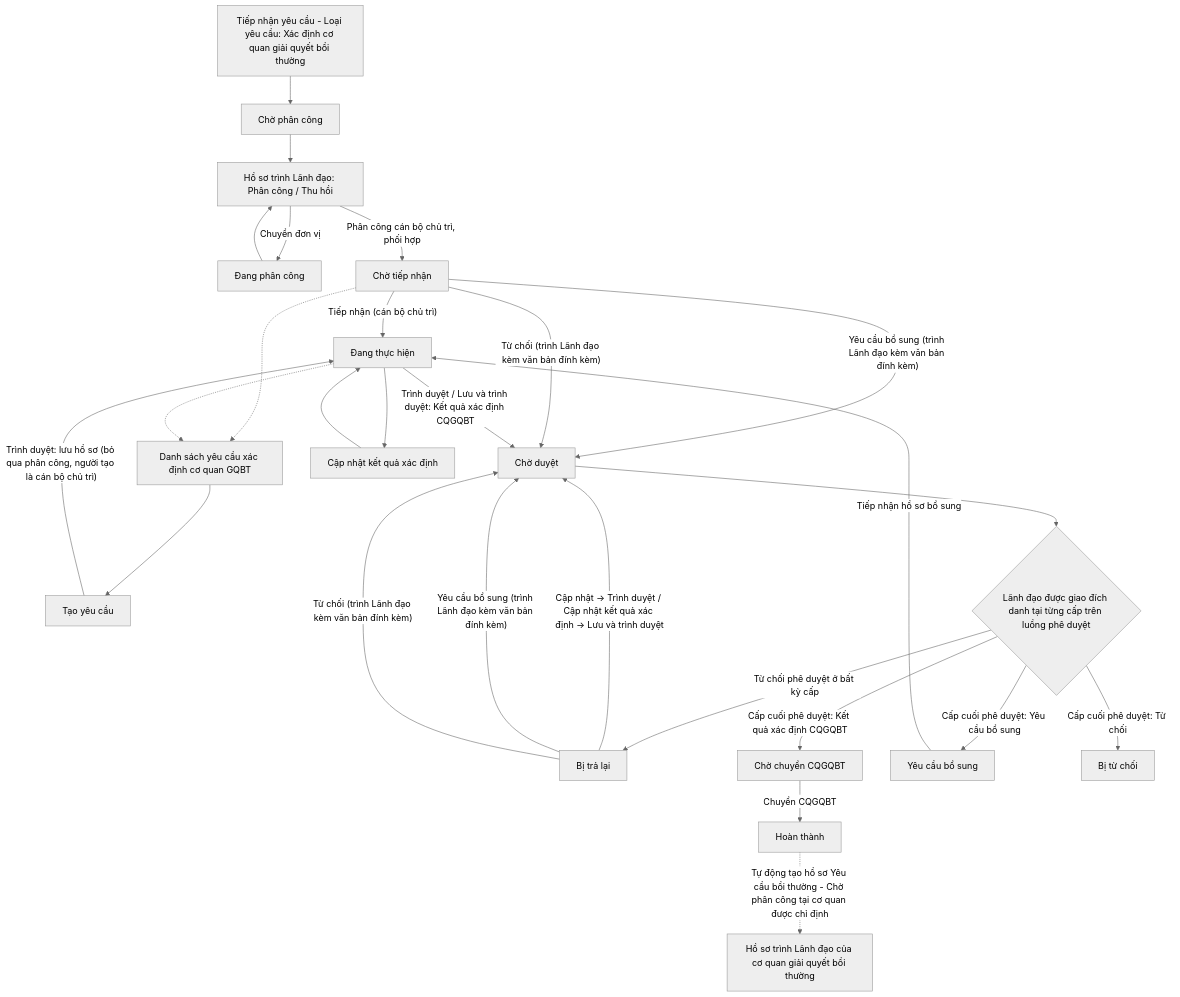
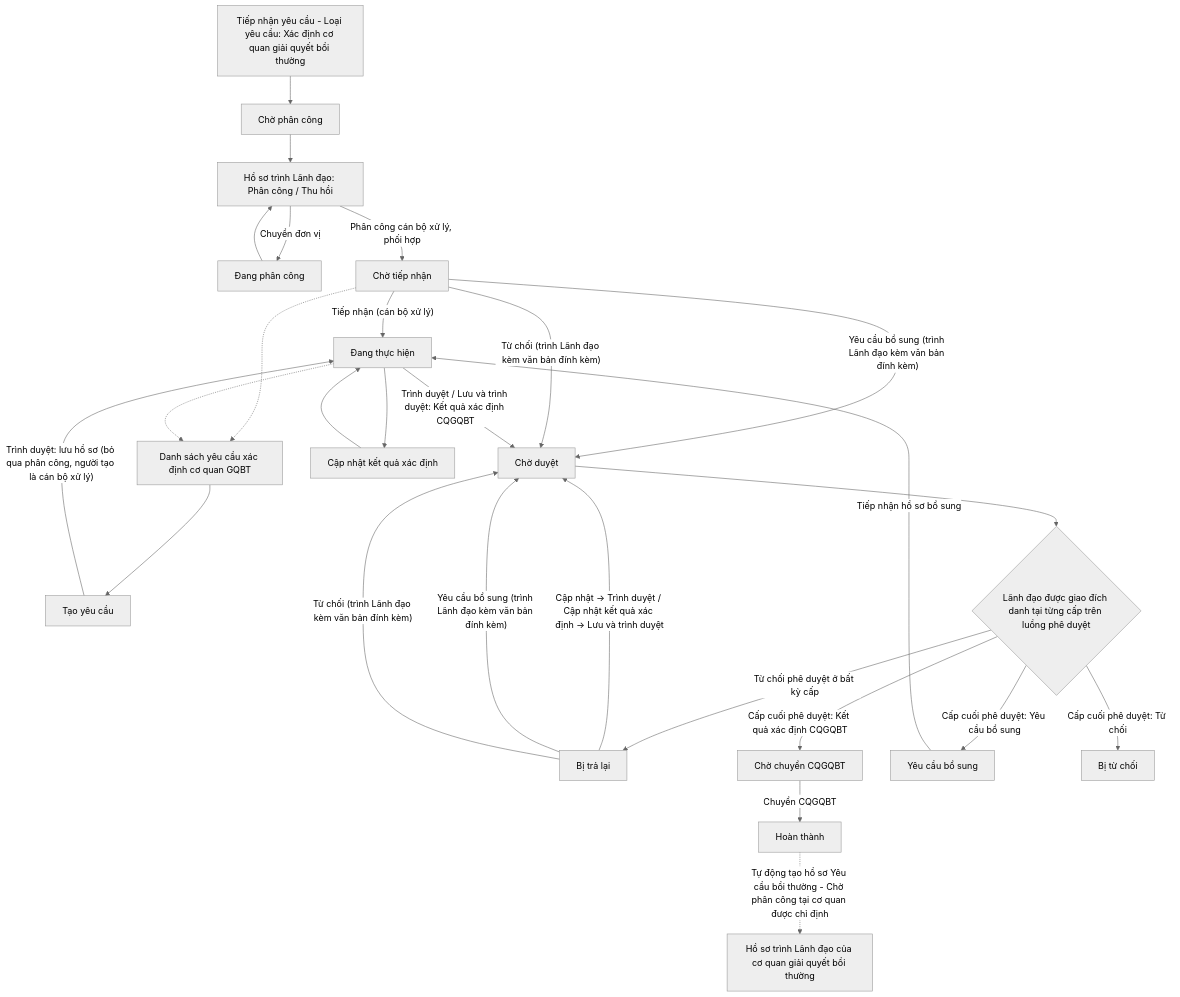
One commit to huyendt2007/BPBD_UI changed the diagram in Tai lieu phan tich/03_Website_Quan_tri/03_Cong_tac_boi_thuong/SRS_BTNN_GiaiQuyetBT__Xac định cơ quan GQBT.md. Above: the diagram before and after it, drawn with Mermaid (neutral theme). The commit also changed other lines of this file and 135 other files, not shown here.

````diff
--- a/Tai lieu phan tich/03_Website_Quan_tri/03_Cong_tac_boi_thuong/SRS_BTNN_GiaiQuyetBT__Xac định cơ quan GQBT.md
+++ b/Tai lieu phan tich/03_Website_Quan_tri/03_Cong_tac_boi_thuong/SRS_BTNN_GiaiQuyetBT__Xac định cơ quan GQBT.md
@@ -117,29 +84,29 @@
 ```mermaid
 flowchart TD
     TN["Tiếp nhận yêu cầu - Loại yêu cầu: Xác định cơ quan giải quyết bồi thường"] --> CPC["Chờ phân công"]
     CPC --> LD["Hồ sơ trình Lãnh đạo: Phân công / Thu hồi"]
     LD -->|"Chuyển đơn vị"| DPC["Đang phân công"]
     DPC --> LD
-    LD -->|"Phân công cán bộ chủ trì, phối hợp"| CTN["Chờ tiếp nhận"]
+    LD -->|"Phân công cán bộ xử lý, phối hợp"| CTN["Chờ tiếp nhận"]
     A["Danh sách yêu cầu xác định cơ quan GQBT"] --> C["Tạo yêu cầu"]
-    C -->|"Trình duyệt: lưu hồ sơ (bỏ qua phân công, người tạo là cán bộ chủ trì)"| DTH["Đang thực hiện"]
-    CTN -->|"Tiếp nhận (cán bộ chủ trì)"| DTH
+    C -->|"Trình duyệt: lưu hồ sơ (bỏ qua phân công, người tạo là cán bộ xử lý)"| DTH["Đang thực hiện"]
+    CTN -->|"Tiếp nhận (cán bộ xử lý)"| DTH
     CTN -->|"Yêu cầu bổ sung (trình Lãnh đạo kèm văn bản đính kèm)"| CPD
     CTN -->|"Từ chối (trình Lãnh đạo kèm văn bản đính kèm)"| CPD
     DTH --> KQ["Cập nhật kết quả xác định"]
     KQ --> DTH
     DTH -->|"Trình duyệt / Lưu và trình duyệt: Kết quả xác định CQGQBT"| CPD["Chờ duyệt"]
     CPD --> PD{"Lãnh đạo được giao đích danh tại từng cấp trên luồng phê duyệt"}
     PD -->|"Từ chối phê duyệt ở bất kỳ cấp"| BTL["Bị trả lại"]
     BTL -->|"Cập nhật → Trình duyệt / Cập nhật kết quả xác định → Lưu và trình duyệt"| CPD
     BTL -->|"Yêu cầu bổ sung (trình Lãnh đạo kèm văn bản đính kèm)"| CPD
     BTL -->|"Từ chối (trình Lãnh đạo kèm văn bản đính kèm)"| CPD
     PD -->|"Cấp cuối phê duyệt: Kết quả xác định CQGQBT"| CC["Chờ chuyển CQGQBT"]
     PD -->|"Cấp cuối phê duyệt: Yêu cầu bổ sung"| YCBS["Yêu cầu bổ sung"]
     PD -->|"Cấp cuối phê duyệt: Từ chối"| BTC["Bị từ chối"]
     YCBS -->|"Tiếp nhận hồ sơ bổ sung"| DTH
     CC -->|"Chuyển CQGQBT"| HT["Hoàn thành"]
     HT -.->|"Tự động tạo hồ sơ Yêu cầu bồi thường - Chờ phân công tại cơ quan được chỉ định"| YC["Hồ sơ trình Lãnh đạo của cơ quan giải quyết bồi thường"]
     CTN -.-> A
     DTH -.-> A
 ```
````
